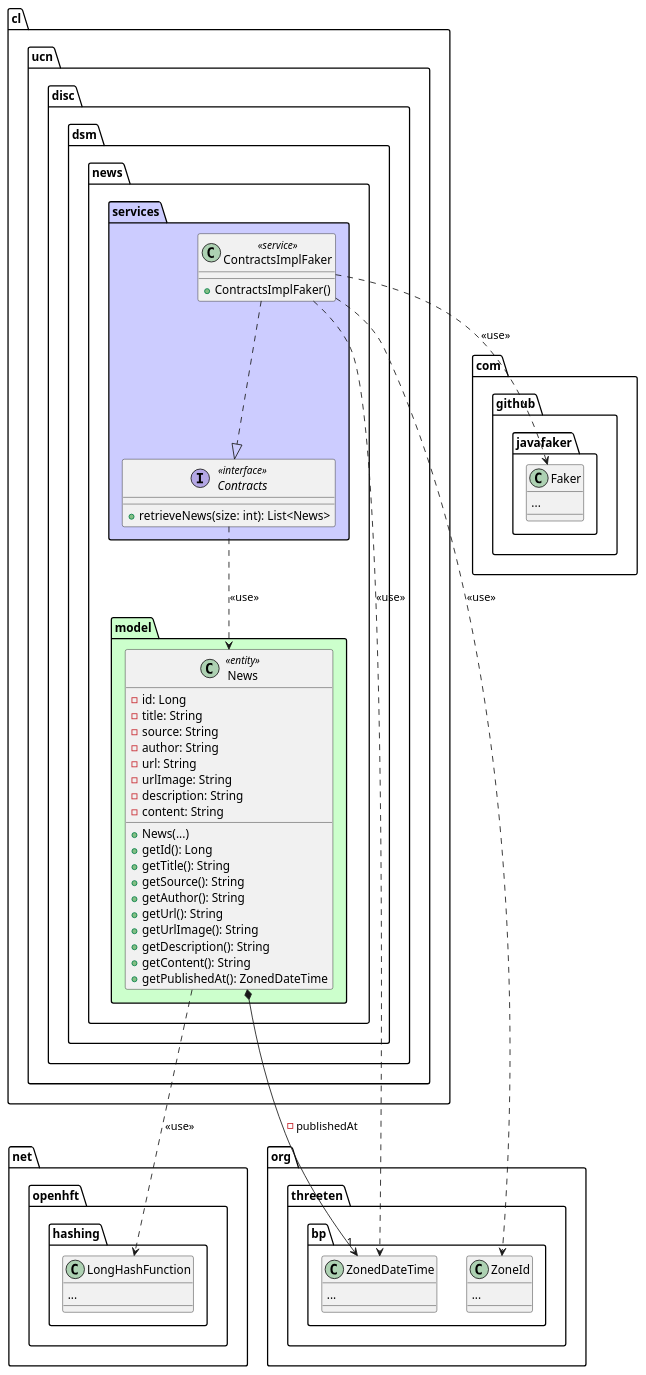
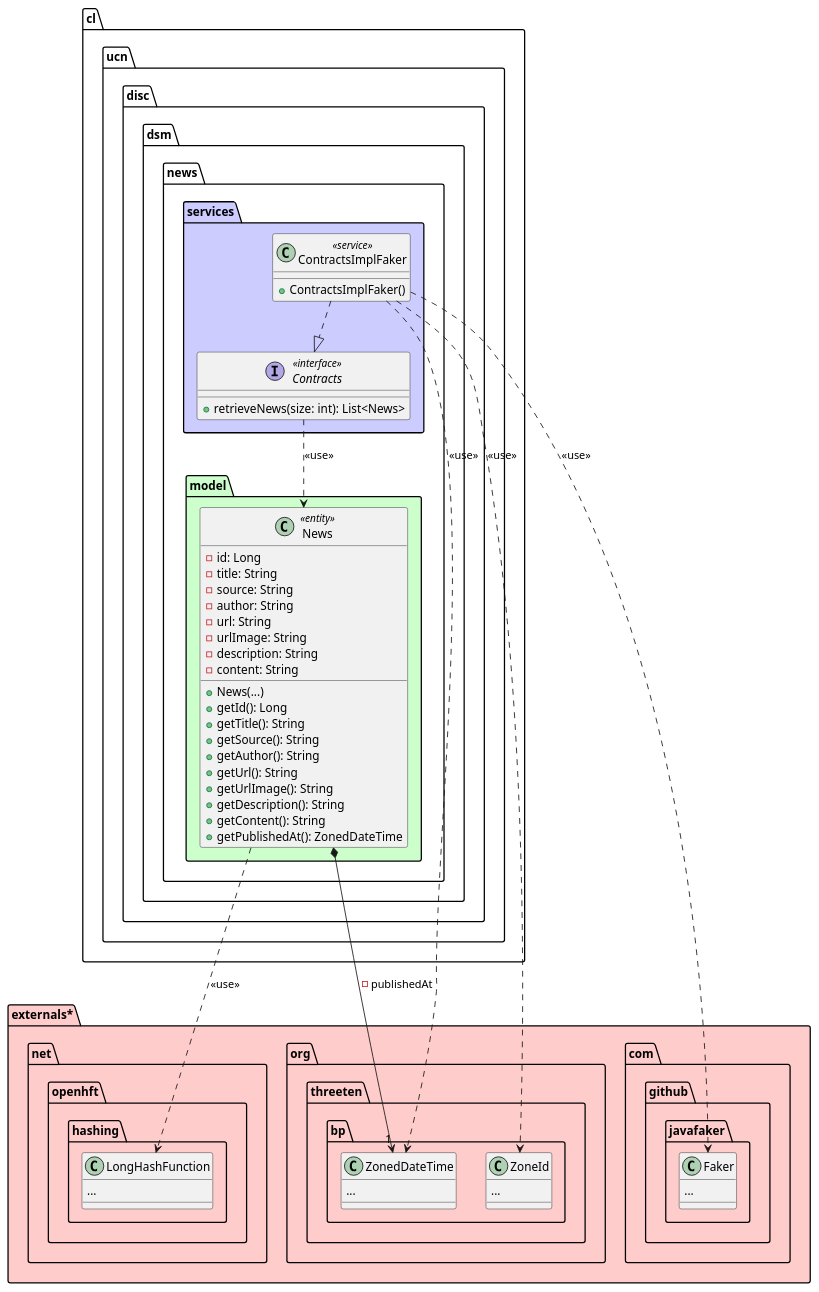
The diagram in README.md (SebaRojas1/The-News), drawn with PlantUML before and after one commit. The commit also changed 5 other files, not shown here.

````diff
--- a/README.md
+++ b/README.md
@@ -6,67 +6,68 @@
 ```puml
 @startuml
-package org.threeten.bp {
-    class ZonedDateTime {
-        ...
+package externals* #ffcccc {
+    package org.threeten.bp {
+        class ZonedDateTime {
+            ...
+        }
+        class ZoneId {
+            ...
+        }
     }
-    class ZoneId {
-        ...
+    package net.openhft.hashing {
+        class LongHashFunction {
+            ...
+        }
+    }
+    package com.github.javafaker {
+        class Faker {
+            ...
+        }
     }
 }
-package net.openhft.hashing {
-    class LongHashFunction {
-        ...
-    }
-}
-package com.github.javafaker {
-    class Faker {
-        ...
-    }
-}
-    
 package cl.ucn.disc.dsm.news {
     
     package model #ccffcc {
     
         class News <<entity>> {
             - id: Long
             - title: String
             - source: String
             - author: String
             - url: String
             - urlImage: String
             - description: String
             - content: String
             + News(...)
             + getId(): Long
             + getTitle(): String
             + getSource(): String
             + getAuthor(): String
             + getUrl(): String
             + getUrlImage(): String
             + getDescription(): String
             + getContent(): String
             + getPublishedAt(): ZonedDateTime
         }
         News *--> "1" ZonedDateTime : - publishedAt 
         News ..> LongHashFunction : <<use>>
     }
 
     package services #ccccff {
         interface Contracts <<interface>> {
             + retrieveNews(size: int): List<News>
         }
         Contracts ..> News : <<use>>
         
         class ContractsImplFaker <<service>> {
             + ContractsImplFaker()
         }
         ContractsImplFaker ..|> Contracts
         ContractsImplFaker ..> ZonedDateTime : <<use>>
         ContractsImplFaker ..> ZoneId : <<use>>
         ContractsImplFaker ..> Faker : <<use>>
     }
     
 }
 @enduml
 ```
````
